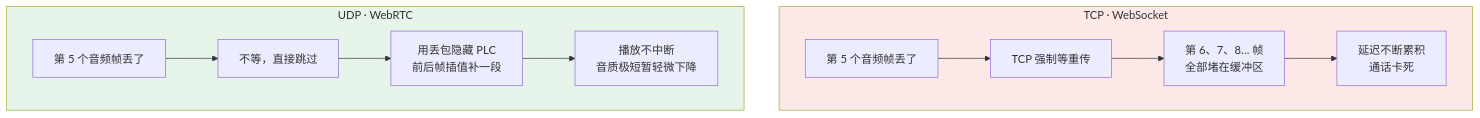
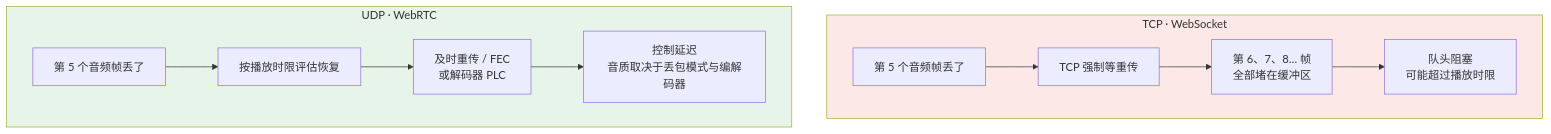
The second of 5 diagrams in docs/tools/05-transport-gateway/13-sse-websocket-webrtc.md (oneleaveknowsthefall/awesome-ai-roadmap), drawn with Mermaid before and after one commit. The commit also changed other lines of this file and 50 other files, not shown here.

````diff
--- a/docs/tools/05-transport-gateway/13-sse-websocket-webrtc.md
+++ b/docs/tools/05-transport-gateway/13-sse-websocket-webrtc.md
@@ -154,17 +160,17 @@
 ```mermaid
 flowchart TB
     subgraph TCP_W["TCP · WebSocket"]
         T1["第 5 个音频帧丢了"] --> T2["TCP 强制等重传"]
         T2 --> T3["第 6、7、8… 帧<br/>全部堵在缓冲区"]
-        T3 --> T4["延迟不断累积<br/>通话卡死"]
+        T3 --> T4["队头阻塞<br/>可能超过播放时限"]
     end
 
     subgraph UDP_W["UDP · WebRTC"]
-        U1["第 5 个音频帧丢了"] --> U2["不等，直接跳过"]
-        U2 --> U3["用丢包隐藏 PLC<br/>前后帧插值补一段"]
-        U3 --> U4["播放不中断<br/>音质极短暂轻微下降"]
+        U1["第 5 个音频帧丢了"] --> U2["按播放时限评估恢复"]
+        U2 --> U3["及时重传 / FEC<br/>或解码器 PLC"]
+        U3 --> U4["控制延迟<br/>音质取决于丢包模式与编解码器"]
     end
 
     style TCP_W fill:#fce8e6
     style UDP_W fill:#e6f4ea
 ```
````
